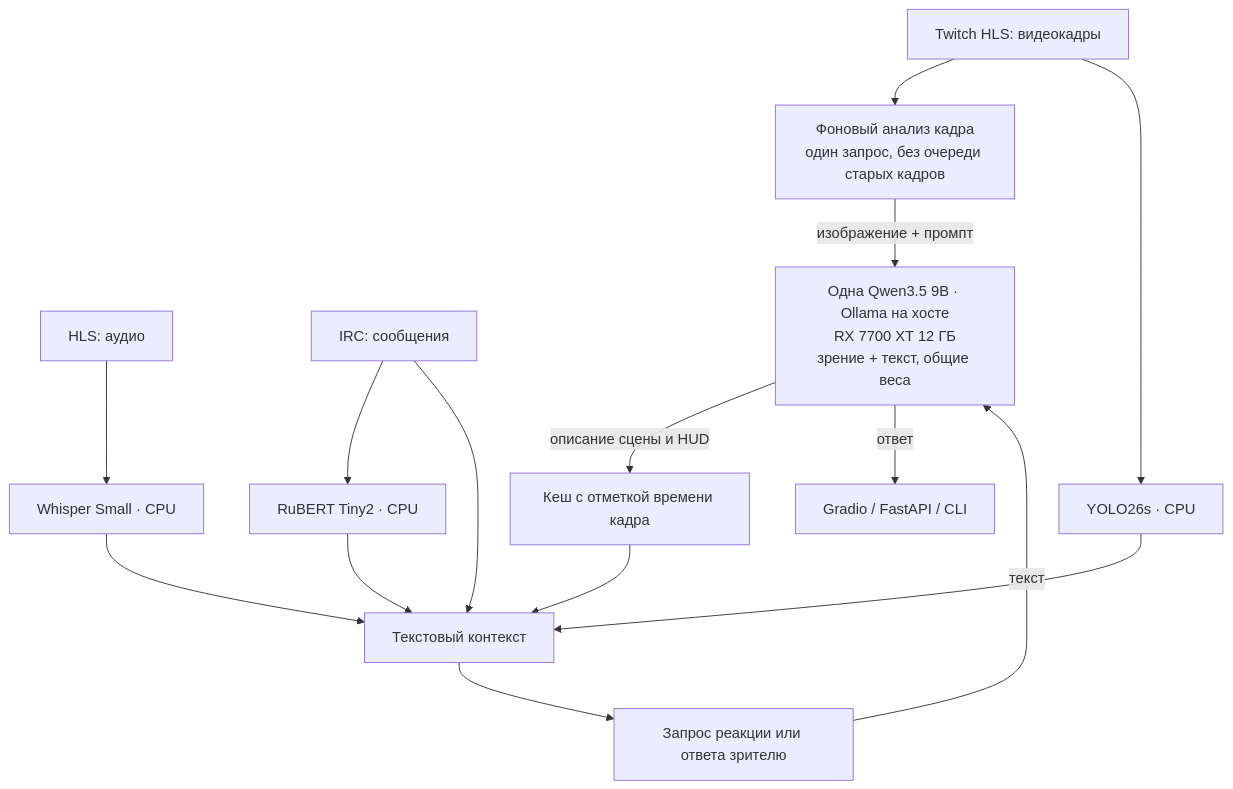
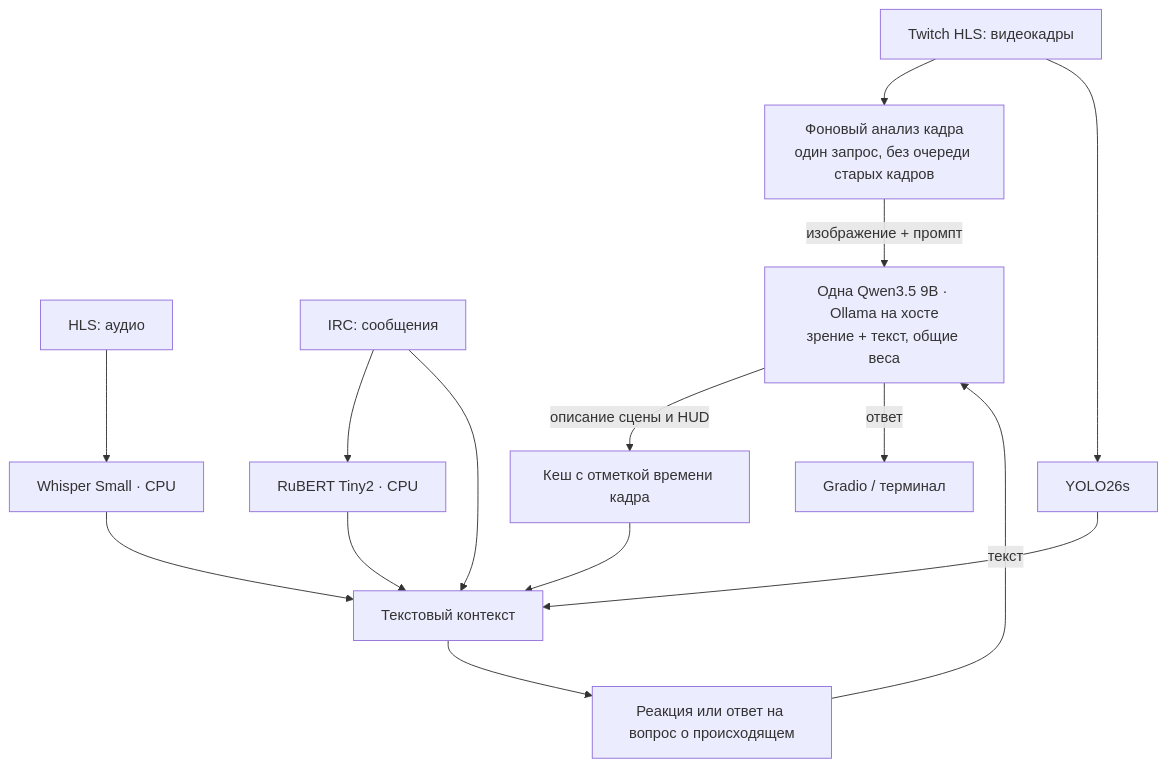
Before and after one commit to m5tshift/llm-lab: the diagram in README.md, drawn with Mermaid. The commit also changed other lines of this file and 15 other files, not shown here.

````diff
--- a/README.md
+++ b/README.md
@@ -22,17 +92,17 @@
 ```mermaid
 flowchart TD
     HLS["Twitch HLS: видеокадры"] --> BG["Фоновый анализ кадра<br/>один запрос, без очереди старых кадров"]
-    HLS --> YOLO["YOLO26s · CPU"]
+    HLS --> YOLO["YOLO26s"]
     AUDIO["HLS: аудио"] --> ASR["Whisper Small · CPU"]
     CHAT["IRC: сообщения"] --> NLP["RuBERT Tiny2 · CPU"]
-    BG -->|"изображение + промпт"| Q["Одна Qwen3.5 9B · Ollama на хосте<br/>RX 7700 XT 12 ГБ<br/>зрение + текст, общие веса"]
+    BG -->|"изображение + промпт"| Q["Одна Qwen3.5 9B · Ollama на хосте<br/>зрение + текст, общие веса"]
     Q -->|"описание сцены и HUD"| CACHE["Кеш с отметкой времени кадра"]
     CACHE --> CTX["Текстовый контекст"]
     YOLO --> CTX
     ASR --> CTX
     NLP --> CTX
     CHAT --> CTX
-    CTX --> REPLY["Запрос реакции или ответа зрителю"]
+    CTX --> REPLY["Реакция или ответ на вопрос о происходящем"]
     REPLY -->|"текст"| Q
-    Q -->|"ответ"| UI["Gradio / FastAPI / CLI"]
+    Q -->|"ответ"| UI["Gradio / терминал"]
 ```
````
